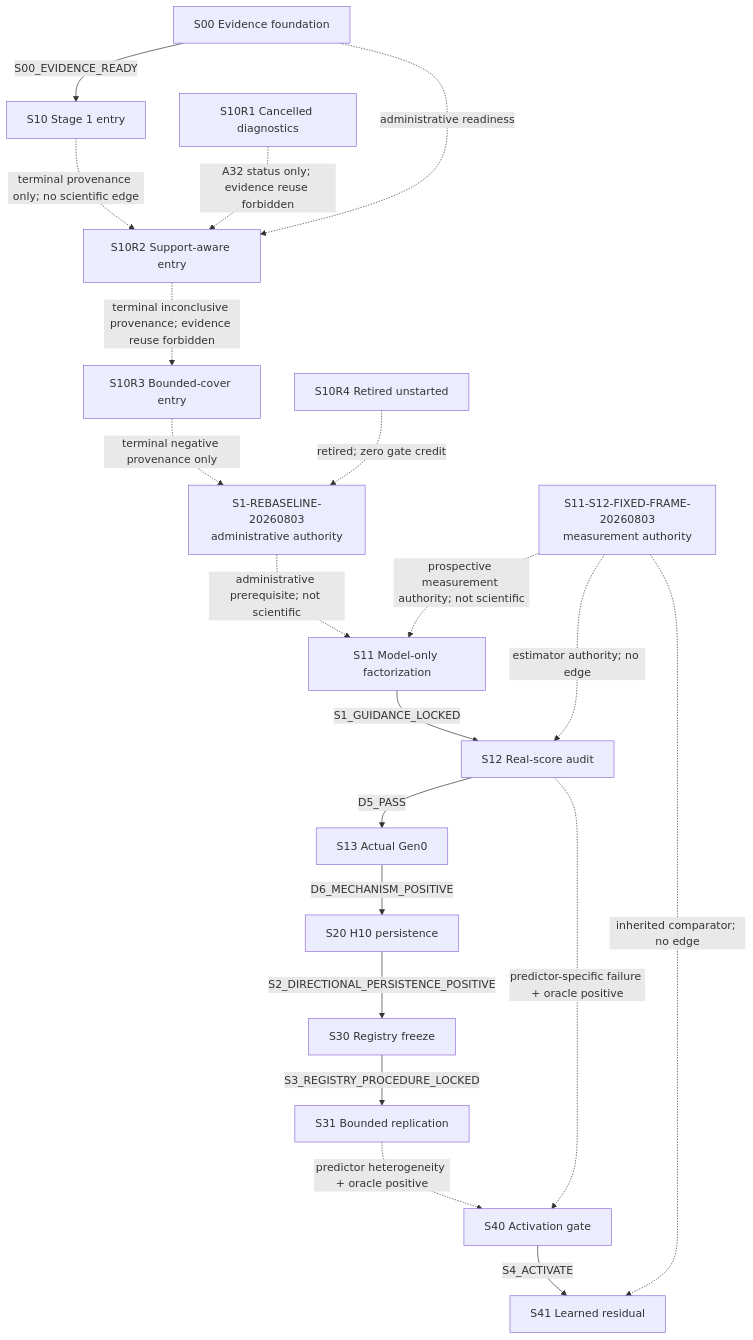
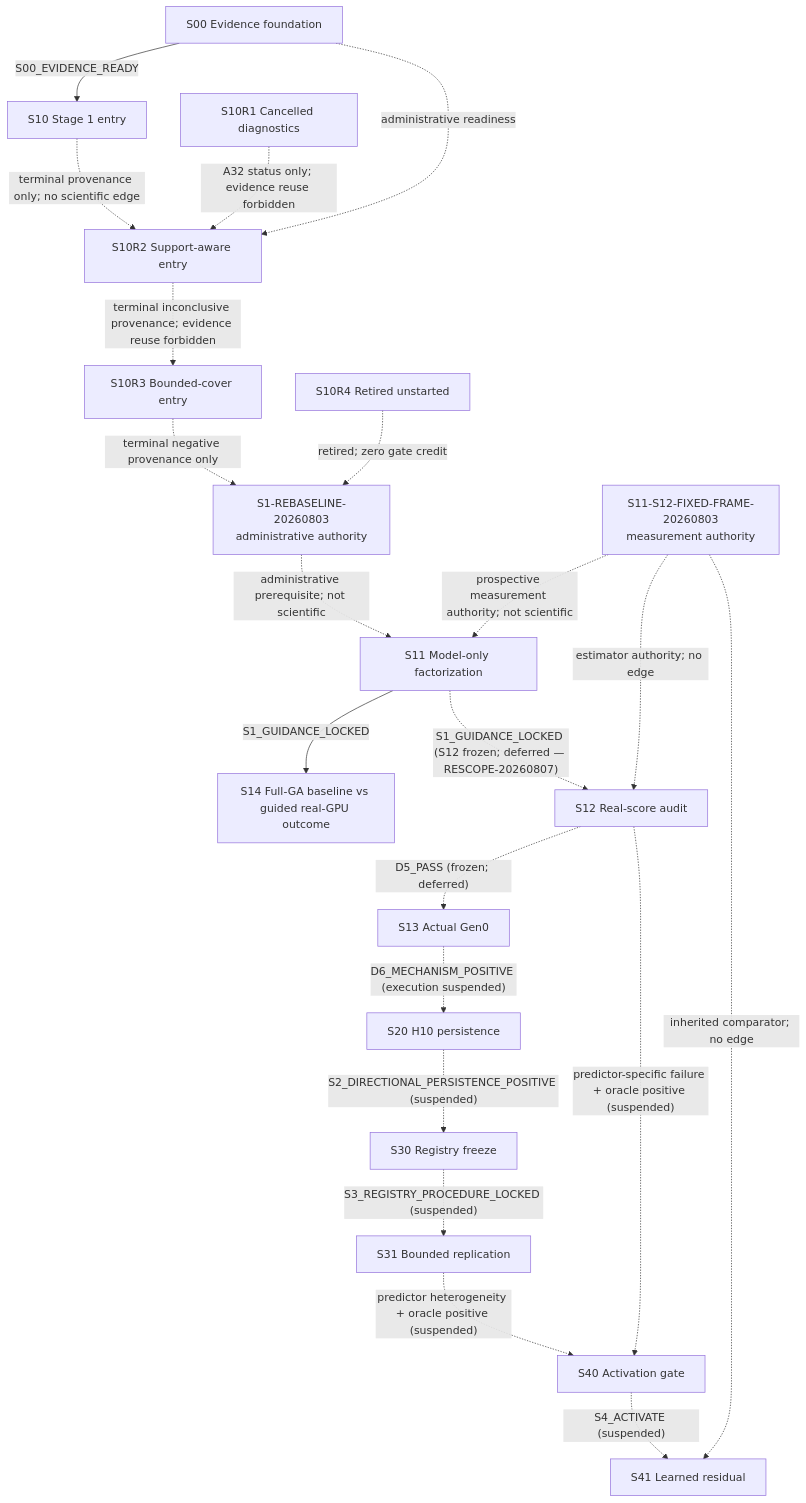
The diagram in study_docs/research/ductile-origami-warmstart/README.md (ppalee1217/rocm-libraries), drawn with Mermaid before and after one commit. The commit also changed other lines of this file and 11 other files, not shown here.

First line of the commit message:
study(s14): re-scope Stage-1 to full-GA baseline-vs-guided outcome; freeze S12/S20-S41; add S14 design + remote baseline handoff

````diff
--- a/study_docs/research/ductile-origami-warmstart/README.md
+++ b/study_docs/research/ductile-origami-warmstart/README.md
@@ -244,39 +256,41 @@
 ```mermaid
 flowchart TD
   s00["S00 Evidence foundation"]
   s10["S10 Stage 1 entry"]
   s10r1["S10R1 Cancelled diagnostics"]
   s10r2["S10R2 Support-aware entry"]
   s10r3["S10R3 Bounded-cover entry"]
   s10r4["S10R4 Retired unstarted"]
   auth["S1-REBASELINE-20260803\nadministrative authority"]
   fixed["S11-S12-FIXED-FRAME-20260803\nmeasurement authority"]
   s11["S11 Model-only factorization"]
   s12["S12 Real-score audit"]
   s13["S13 Actual Gen0"]
+  s14["S14 Full-GA baseline vs guided real-GPU outcome"]
   s20["S20 H10 persistence"]
   s30["S30 Registry freeze"]
   s31["S31 Bounded replication"]
   s40["S40 Activation gate"]
   s41["S41 Learned residual"]
 
   s00 -->|"S00_EVIDENCE_READY"| s10
   s00 -. "administrative readiness" .-> s10r2
   s10 -. "terminal provenance only; no scientific edge" .-> s10r2
   s10r1 -. "A32 status only; evidence reuse forbidden" .-> s10r2
   s10r2 -. "terminal inconclusive provenance; evidence reuse forbidden" .-> s10r3
   s10r3 -. "terminal negative provenance only" .-> auth
   s10r4 -. "retired; zero gate credit" .-> auth
   auth -. "administrative prerequisite; not scientific" .-> s11
   fixed -. "prospective measurement authority; not scientific" .-> s11
   fixed -. "estimator authority; no edge" .-> s12
   fixed -. "inherited comparator; no edge" .-> s41
-  s11 -->|"S1_GUIDANCE_LOCKED"| s12
-  s12 -->|"D5_PASS"| s13
-  s13 -->|"D6_MECHANISM_POSITIVE"| s20
-  s20 -->|"S2_DIRECTIONAL_PERSISTENCE_POSITIVE"| s30
-  s30 -->|"S3_REGISTRY_PROCEDURE_LOCKED"| s31
-  s12 -.->|"predictor-specific failure + oracle positive"| s40
-  s31 -.->|"predictor heterogeneity + oracle positive"| s40
-  s40 -->|"S4_ACTIVATE"| s41
+  s11 -->|"S1_GUIDANCE_LOCKED"| s14
+  s11 -. "S1_GUIDANCE_LOCKED (S12 frozen; deferred — RESCOPE-20260807)" .-> s12
+  s12 -. "D5_PASS (frozen; deferred)" .-> s13
+  s13 -. "D6_MECHANISM_POSITIVE (execution suspended)" .-> s20
+  s20 -. "S2_DIRECTIONAL_PERSISTENCE_POSITIVE (suspended)" .-> s30
+  s30 -. "S3_REGISTRY_PROCEDURE_LOCKED (suspended)" .-> s31
+  s12 -.->|"predictor-specific failure + oracle positive (suspended)"| s40
+  s31 -.->|"predictor heterogeneity + oracle positive (suspended)"| s40
+  s40 -. "S4_ACTIVATE (suspended)" .-> s41
 ```
````
